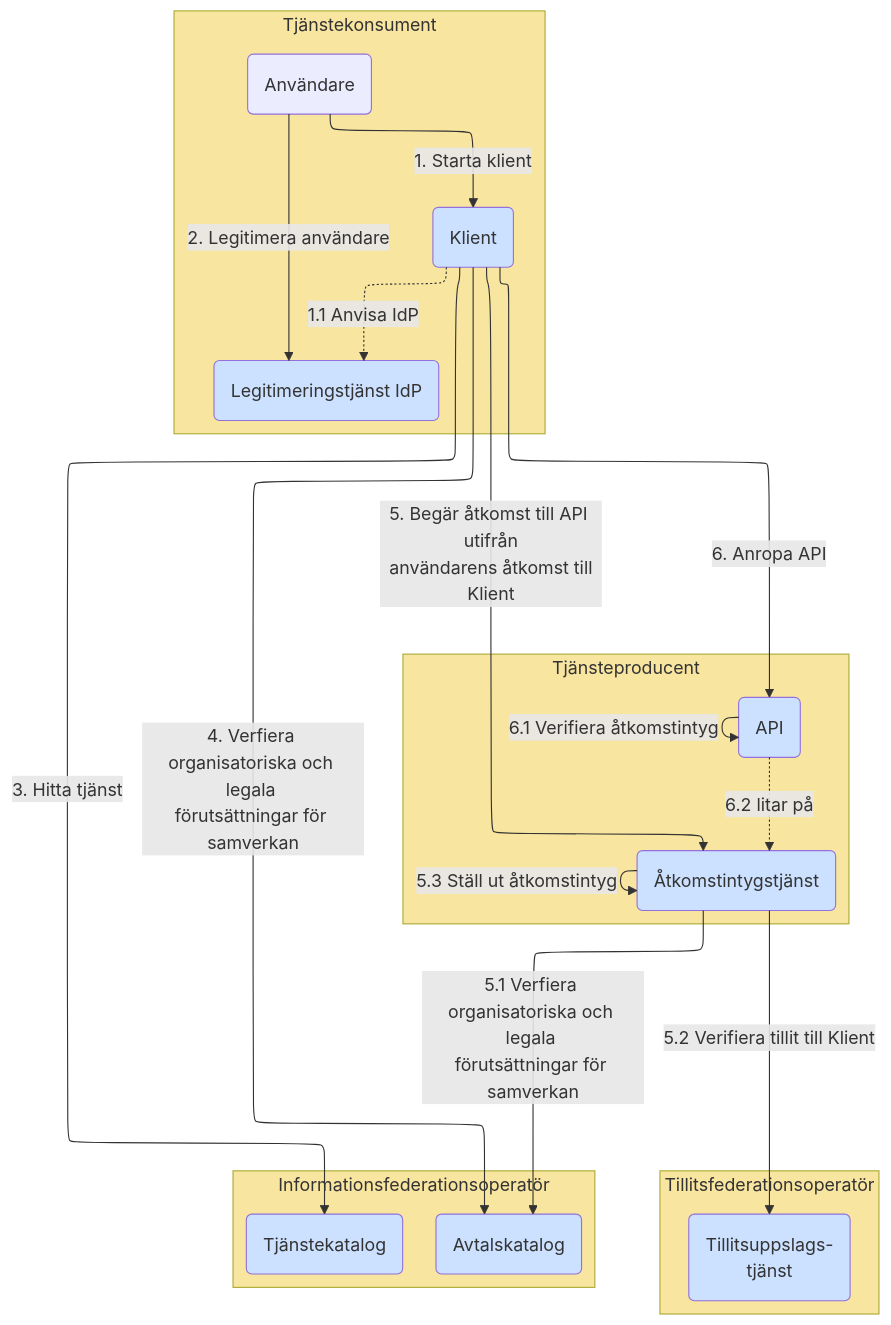
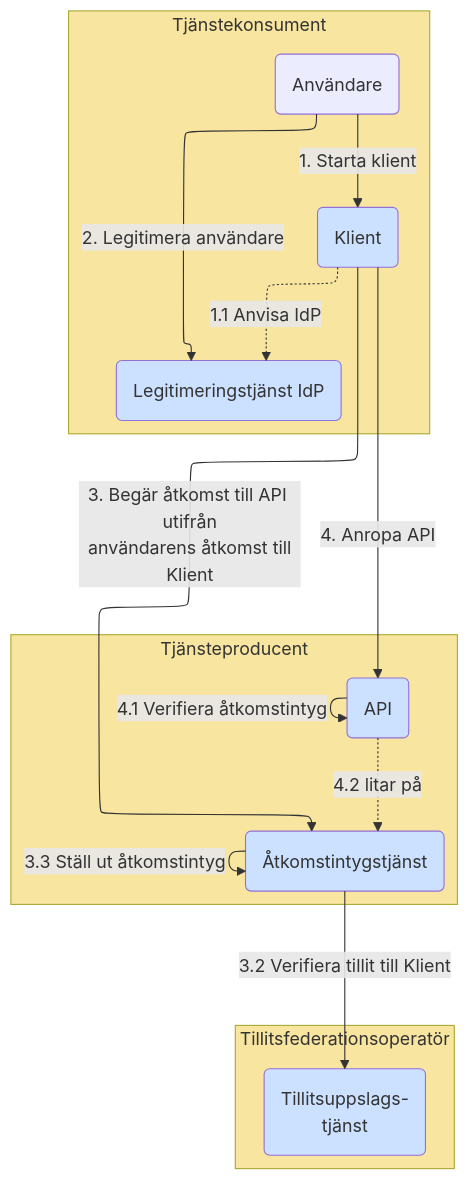
One commit to diggsweden/ena-authorization changed the fourth of 10 diagrams in architecture/drafts/IAM_TargetArchitecture_Sweden.md. Above: the diagram before and after it, drawn with Mermaid. The commit also changed other lines of this file, not shown here.

````diff
--- a/architecture/drafts/IAM_TargetArchitecture_Sweden.md
+++ b/architecture/drafts/IAM_TargetArchitecture_Sweden.md
@@ -119,44 +131,35 @@
 ```mermaid
 %%{init: {"flowchart": {"defaultRenderer": "elk"}} }%%
 graph 
 classDef org fill:#F8E5A0
 classDef comp fill:#CCE1FF
 classDef box fill:#ffffff,stroke:#000000
 
 subgraph po[Tjänsteproducent]
     p(API):::comp
     as(Åtkomstintygstjänst):::comp
 end
 po:::org
 
 subgraph ss[Tillitsfederationsoperatör]
     t(Tillitsuppslags-<br>tjänst):::comp
 end
 ss:::org
 
-subgraph so[Informationsfederationsoperatör]
-    tk(Tjänstekatalog):::comp
-    ak(Avtalskatalog):::comp
-end
-so:::org
-
 subgraph co[Tjänstekonsument]
     idp(Legitimeringstjänst IdP):::comp
     u(Användare)
     c(Klient):::comp
 end
 co:::org
 
 u--<p>1. Starta klient-->c
 c-.1#46;1 Anvisa IdP.->idp
 u--<p>2. Legitimera användare-->idp
-c--<p>4. Verfiera organisatoriska och legala <br>förutsättningar för samverkan-->ak
-c--<p>5. Begär åtkomst till API utifrån<br> användarens åtkomst till Klient-->as
-c--<p>3. Hitta tjänst-->tk
-as--<p>5.1 Verfiera organisatoriska och legala <br>förutsättningar för samverkan-->ak
-as--<p>5.2 Verifiera tillit till Klient--> t
-as--<p>5.3 Ställ ut åtkomstintyg-->as
-c--<p>6. Anropa API-->p
-p--<p>6.1 Verifiera åtkomstintyg-->p
-p-.6#46;2 litar på.->as
+c--<p>3. Begär åtkomst till API utifrån<br> användarens åtkomst till Klient-->as
+as--<p>3.2 Verifiera tillit till Klient--> t
+as--<p>3.3 Ställ ut åtkomstintyg-->as
+c--<p>4. Anropa API-->p
+p--<p>4.1 Verifiera åtkomstintyg-->p
+p-.4#46;2 litar på.->as
 ```
````
